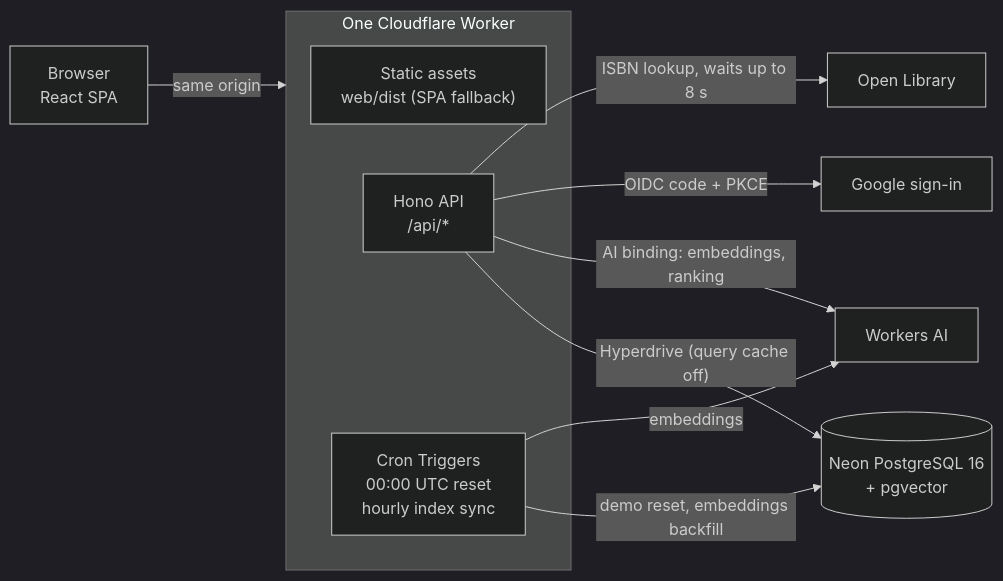
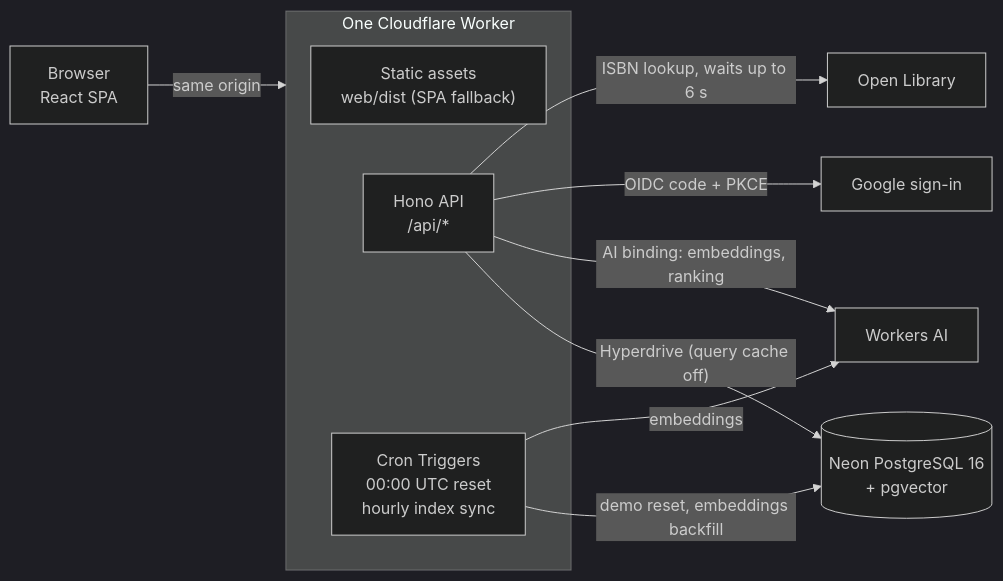
Before and after one commit to ahmedoraby-eng/smart-library-management-system: the diagram in docs/architecture.md, drawn with Mermaid (dark theme). The commit also changed 4 other files, not shown here.

First line of the commit message:
SLM-21: ISBN lookup waits 6 s for Open Library (was 8 s on this branch)

````diff
--- a/docs/architecture.md
+++ b/docs/architecture.md
@@ -7,15 +7,15 @@
 ```mermaid
 flowchart LR
   B["Browser<br/>React SPA"] -->|"same origin"| W
   subgraph W["One Cloudflare Worker"]
     A["Static assets<br/>web/dist (SPA fallback)"]
     H["Hono API<br/>/api/*"]
     C["Cron Triggers<br/>00:00 UTC reset<br/>hourly index sync"]
   end
   H -->|"Hyperdrive (query cache off)"| N[("Neon PostgreSQL 16<br/>+ pgvector")]
   C -->|"demo reset, embeddings backfill"| N
   H -->|"AI binding: embeddings, ranking"| AI["Workers AI"]
   C -->|"embeddings"| AI
   H -->|"OIDC code + PKCE"| G["Google sign-in"]
-  H -->|"ISBN lookup, waits up to 8 s"| OL["Open Library"]
+  H -->|"ISBN lookup, waits up to 6 s"| OL["Open Library"]
 ```
````
